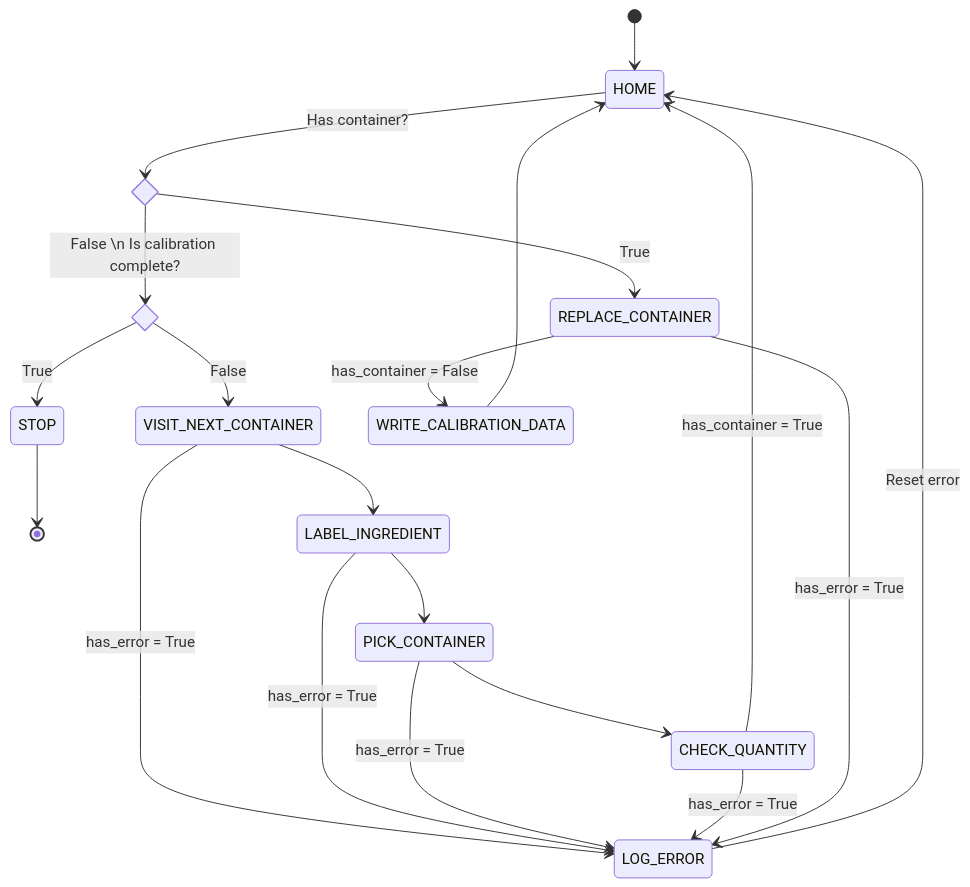
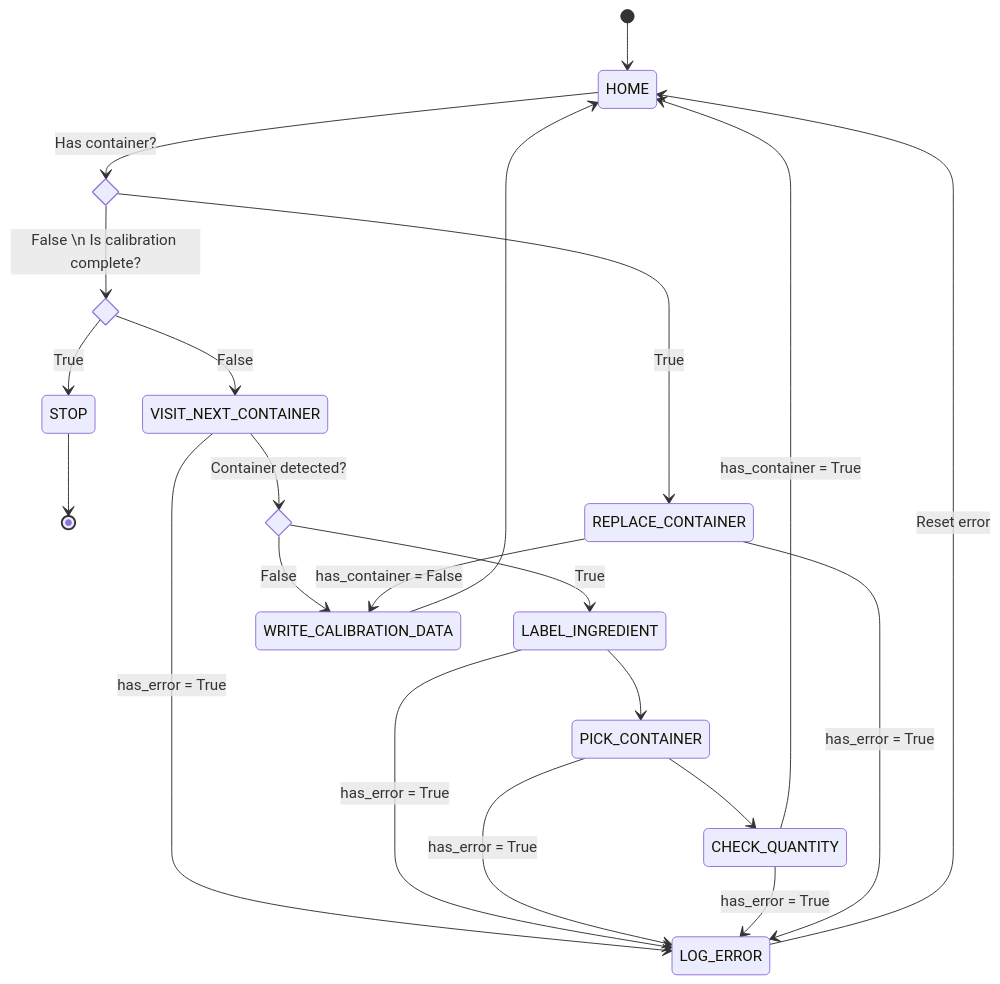
Before and after one commit to ratatouille-robotics/ratatouille_planner: the second of 3 diagrams in README.md, drawn with Mermaid. The commit also changed 1 other file, not shown here.

Commit message:
Add detection of missing container on shelf position

````diff
--- a/README.md
+++ b/README.md
@@ -47,34 +47,39 @@
 ```mermaid
 stateDiagram-v2
     [*] --> HOME
+    STOP--> [*]
 
     state has_container <<choice>>
     state has_request1 <<choice>>
+    state container_detected <<choice>>
 
+    
     HOME --> has_container: Has container?
     has_container --> has_request1: False \n Is calibration complete?
     has_container --> REPLACE_CONTAINER: True
 
     has_request1 --> STOP: True
-    STOP--> [*]
+    
     has_request1 --> VISIT_NEXT_CONTAINER: False
 
-    VISIT_NEXT_CONTAINER --> LABEL_INGREDIENT
+    VISIT_NEXT_CONTAINER --> container_detected: Container detected?
+    container_detected --> LABEL_INGREDIENT: True
+    container_detected --> WRITE_CALIBRATION_DATA: False
     LABEL_INGREDIENT --> PICK_CONTAINER
     PICK_CONTAINER --> CHECK_QUANTITY
 
     REPLACE_CONTAINER --> WRITE_CALIBRATION_DATA: has_container = False
     WRITE_CALIBRATION_DATA --> HOME
 
     CHECK_QUANTITY --> HOME: has_container = True
 
     LOG_ERROR --> HOME: Reset error
 
     
     VISIT_NEXT_CONTAINER --> LOG_ERROR: has_error = True
     LABEL_INGREDIENT --> LOG_ERROR: has_error = True
     PICK_CONTAINER --> LOG_ERROR: has_error = True
     CHECK_QUANTITY --> LOG_ERROR: has_error = True
     REPLACE_CONTAINER --> LOG_ERROR: has_error = True
 
 ```
````
